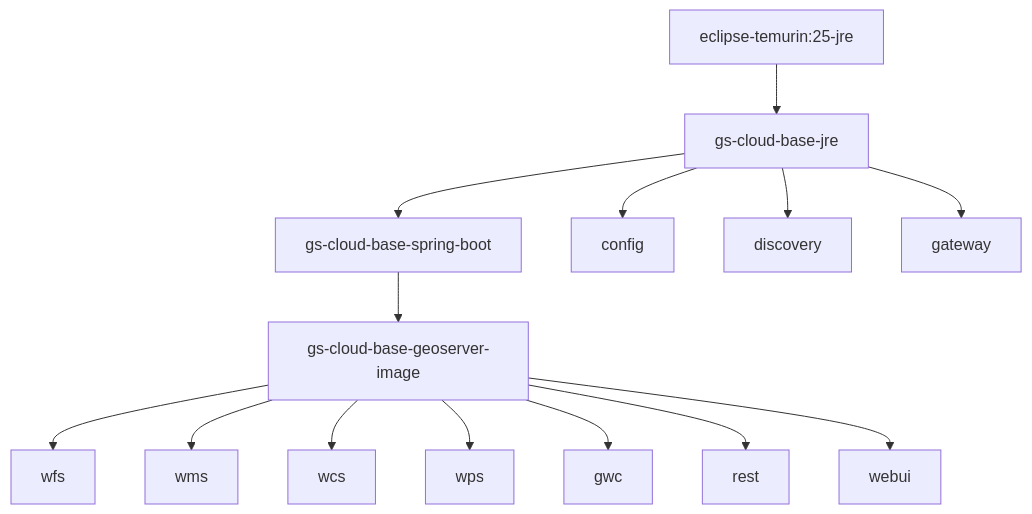
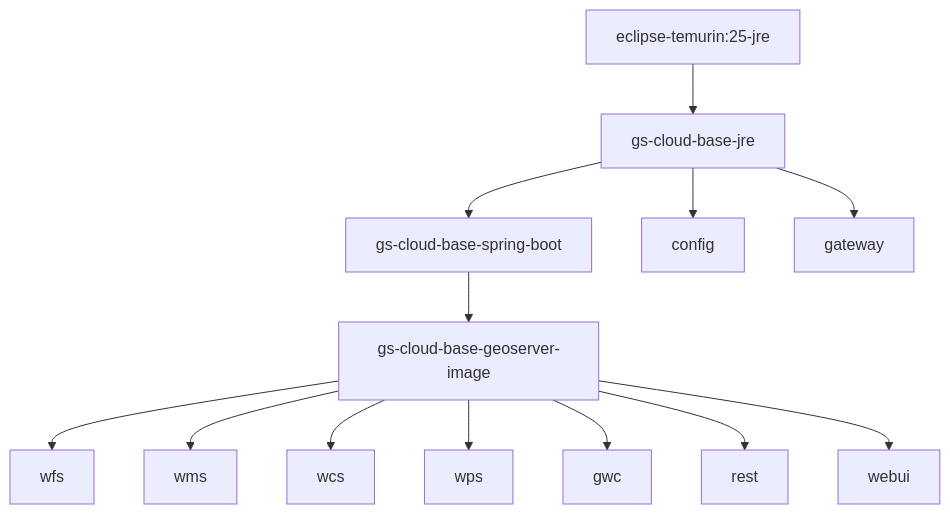
Before and after one commit to geoserver/geoserver-cloud: the diagram in docs/src/developer-guide/docker-images.md, drawn with Mermaid. The commit also changed other lines of this file and 67 other files, not shown here.

````diff
--- a/docs/src/developer-guide/docker-images.md
+++ b/docs/src/developer-guide/docker-images.md
@@ -9,16 +9,15 @@
 ```mermaid
 graph TD
     A[eclipse-temurin:25-jre] --> B[gs-cloud-base-jre]
     B --> C[gs-cloud-base-spring-boot]
     C --> D[gs-cloud-base-geoserver-image]
     D --> E[wfs]
     D --> F[wms]
     D --> G[wcs]
     D --> H[wps]
     D --> I[gwc]
     D --> J[rest]
     D --> K[webui]
     B --> L[config]
-    B --> M[discovery]
     B --> N[gateway]
 ```
````
